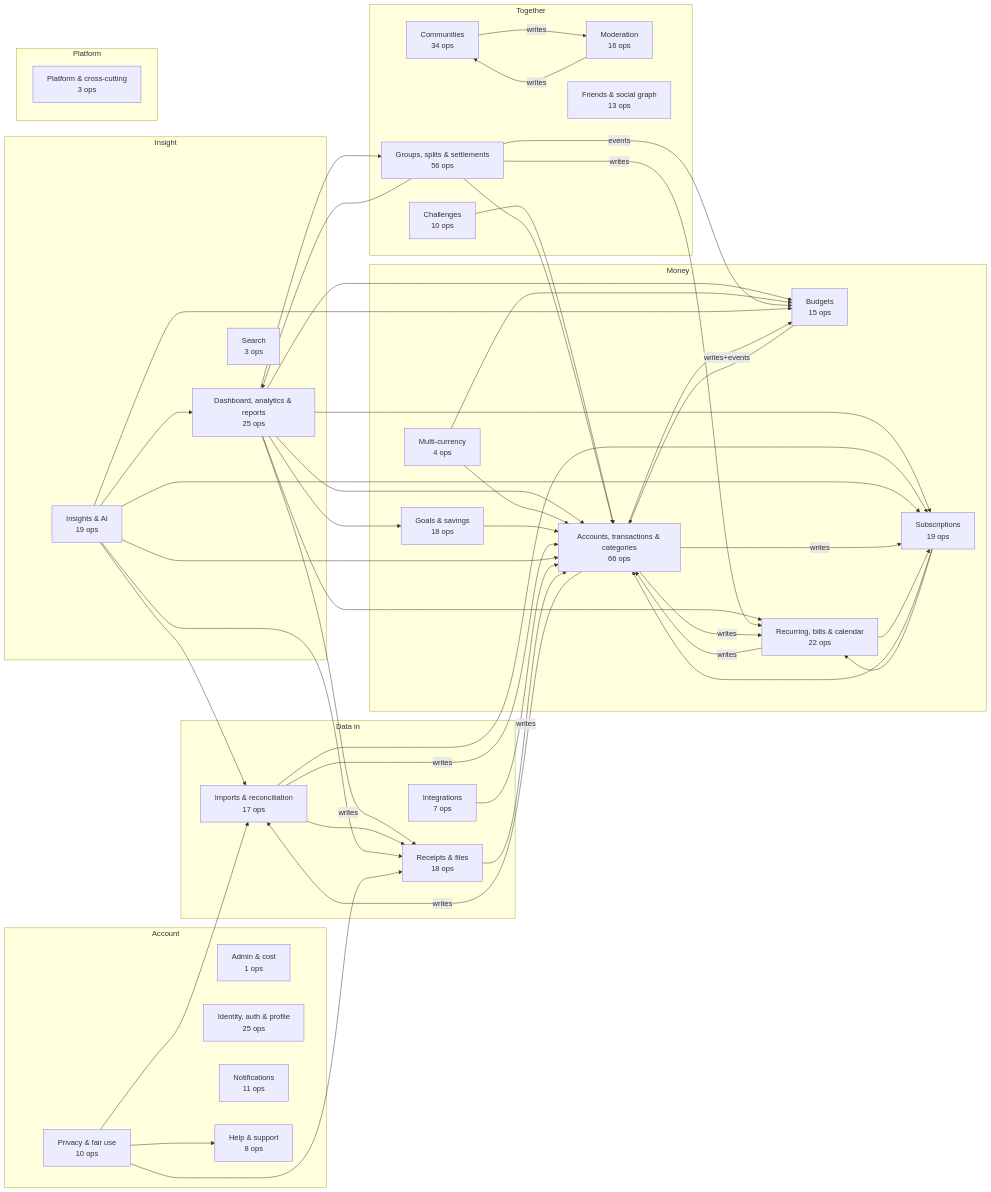
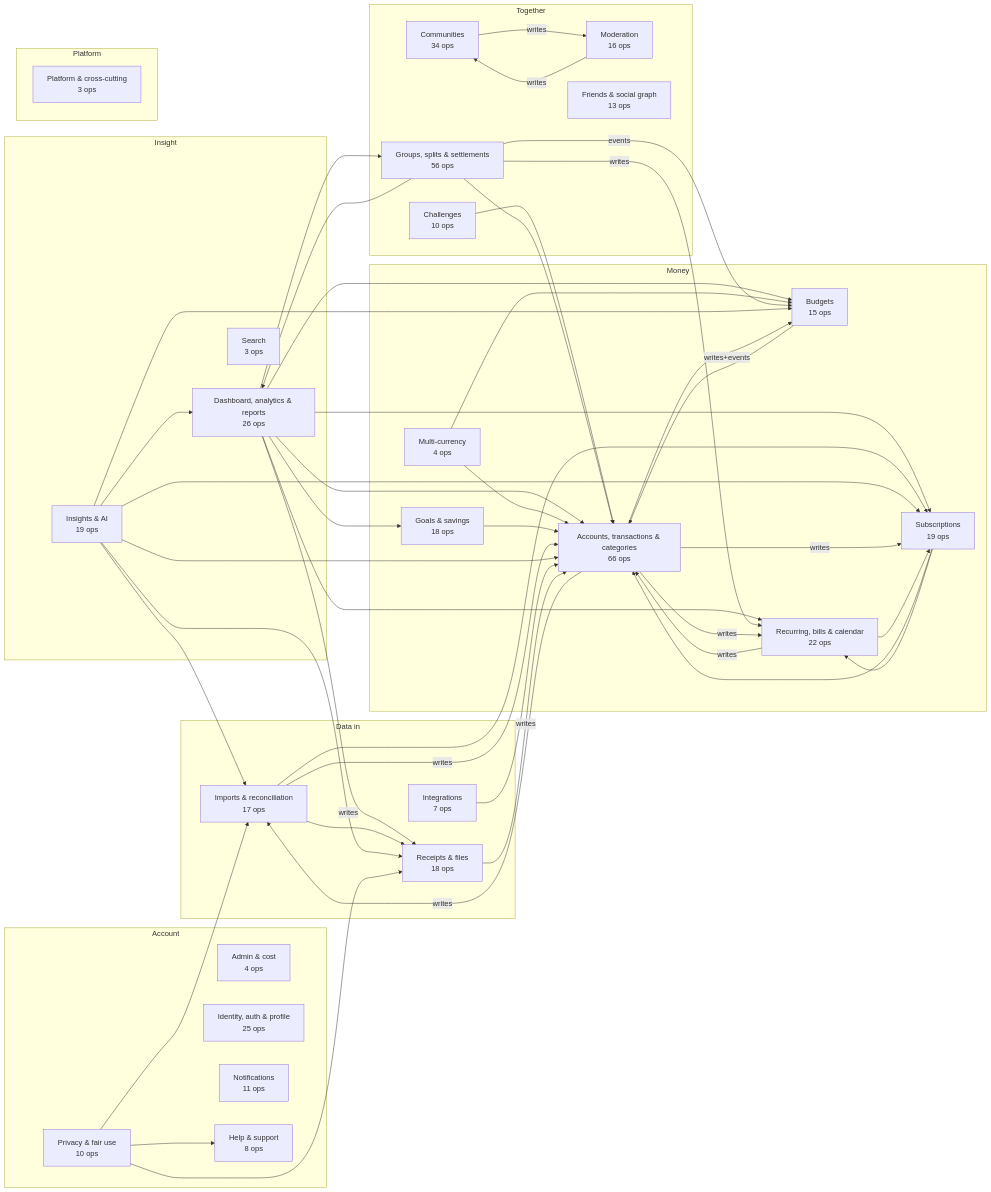
The first of 5 diagrams in docs/KNOWLEDGE_GRAPH.md (DhiravPatel/montra), drawn with Mermaid before and after one commit. The commit also changed other lines of this file and 364 other files, not shown here.

````diff
--- a/docs/KNOWLEDGE_GRAPH.md
+++ b/docs/KNOWLEDGE_GRAPH.md
@@ -177,78 +177,78 @@
 ```mermaid
 flowchart LR
   subgraph area0["Account"]
-    admin["Admin & cost<br/>1 ops"]
+    admin["Admin & cost<br/>4 ops"]
     identity["Identity, auth & profile<br/>25 ops"]
     notifications["Notifications<br/>11 ops"]
     privacy["Privacy & fair use<br/>10 ops"]
     support["Help & support<br/>8 ops"]
   end
   subgraph area1["Data in"]
     imports["Imports & reconciliation<br/>17 ops"]
     integrations["Integrations<br/>7 ops"]
     receipts["Receipts & files<br/>18 ops"]
   end
   subgraph area2["Insight"]
-    analytics["Dashboard, analytics & reports<br/>25 ops"]
+    analytics["Dashboard, analytics & reports<br/>26 ops"]
     insights["Insights & AI<br/>19 ops"]
     search["Search<br/>3 ops"]
   end
   subgraph area3["Money"]
     budgets["Budgets<br/>15 ops"]
     fx["Multi-currency<br/>4 ops"]
     goals["Goals & savings<br/>18 ops"]
     ledger["Accounts, transactions & categories<br/>66 ops"]
     planning["Recurring, bills & calendar<br/>22 ops"]
     subscriptions["Subscriptions<br/>19 ops"]
   end
   subgraph area4["Platform"]
     platform["Platform & cross-cutting<br/>3 ops"]
   end
   subgraph area5["Together"]
     challenges["Challenges<br/>10 ops"]
     communities["Communities<br/>34 ops"]
     groups["Groups, splits & settlements<br/>56 ops"]
     moderation["Moderation<br/>16 ops"]
     social["Friends & social graph<br/>13 ops"]
   end
   analytics --> budgets
   analytics --> goals
   analytics --> groups
   analytics --> ledger
   analytics --> planning
   analytics -->|writes| receipts
   analytics --> subscriptions
   budgets --> ledger
   challenges --> ledger
   communities -->|writes| moderation
   fx --> budgets
   fx --> ledger
   goals --> ledger
   groups --> analytics
   groups -->|events| budgets
   groups --> ledger
   groups -->|writes| planning
   imports -->|writes| ledger
   imports --> receipts
   imports --> subscriptions
   insights --> analytics
   insights --> budgets
   insights --> imports
   insights --> ledger
   insights --> receipts
   insights --> subscriptions
   integrations --> ledger
   ledger -->|writes+events| budgets
   ledger -->|writes| imports
   ledger -->|writes| planning
   ledger -->|writes| subscriptions
   moderation -->|writes| communities
   planning -->|writes| ledger
   planning --> subscriptions
   privacy --> imports
   privacy --> receipts
   privacy --> support
   receipts -->|writes| ledger
   subscriptions --> ledger
   subscriptions --> planning
 ```
````
